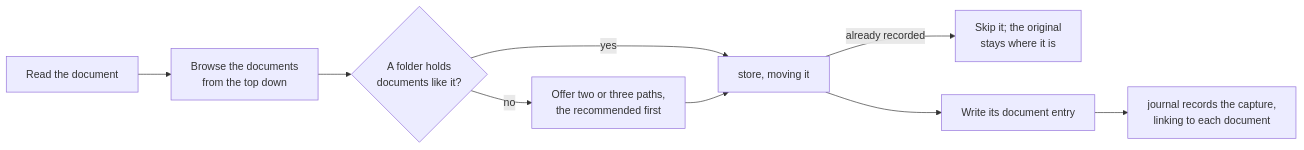
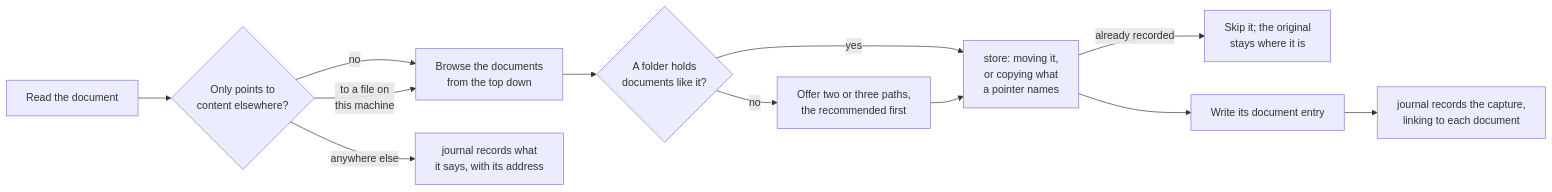
One commit to Velrea/AI.Brain changed the diagram in docs/skills.md. Above: the diagram before and after it, drawn with Mermaid. The commit also changed other lines of this file and 9 other files, not shown here.

First line of the commit message:
Record content kept elsewhere by its address, and never file a pointer (#17)

````diff
--- a/docs/skills.md
+++ b/docs/skills.md
@@ -60,11 +61,14 @@
 ```mermaid
 flowchart LR
-    read["Read the document"] --> browse["Browse the documents<br/>from the top down"]
+    read["Read the document"] --> pointer{"Only points to<br/>content elsewhere?"}
+    pointer -- no --> browse["Browse the documents<br/>from the top down"]
+    pointer -- "to a file on<br/>this machine" --> browse
+    pointer -- "anywhere else" --> address["journal records what<br/>it says, with its address"]
     browse --> fits{"A folder holds<br/>documents like it?"}
-    fits -- yes --> file["store, moving it"]
+    fits -- yes --> file["store: moving it,<br/>or copying what<br/>a pointer names"]
     fits -- no --> ask["Offer two or three paths,<br/>the recommended first"]
     ask --> file
     file -- "already recorded" --> skip["Skip it; the original<br/>stays where it is"]
     file --> write["Write its document entry"]
     write --> journal["journal records the capture,<br/>linking to each document"]
 ```
````
